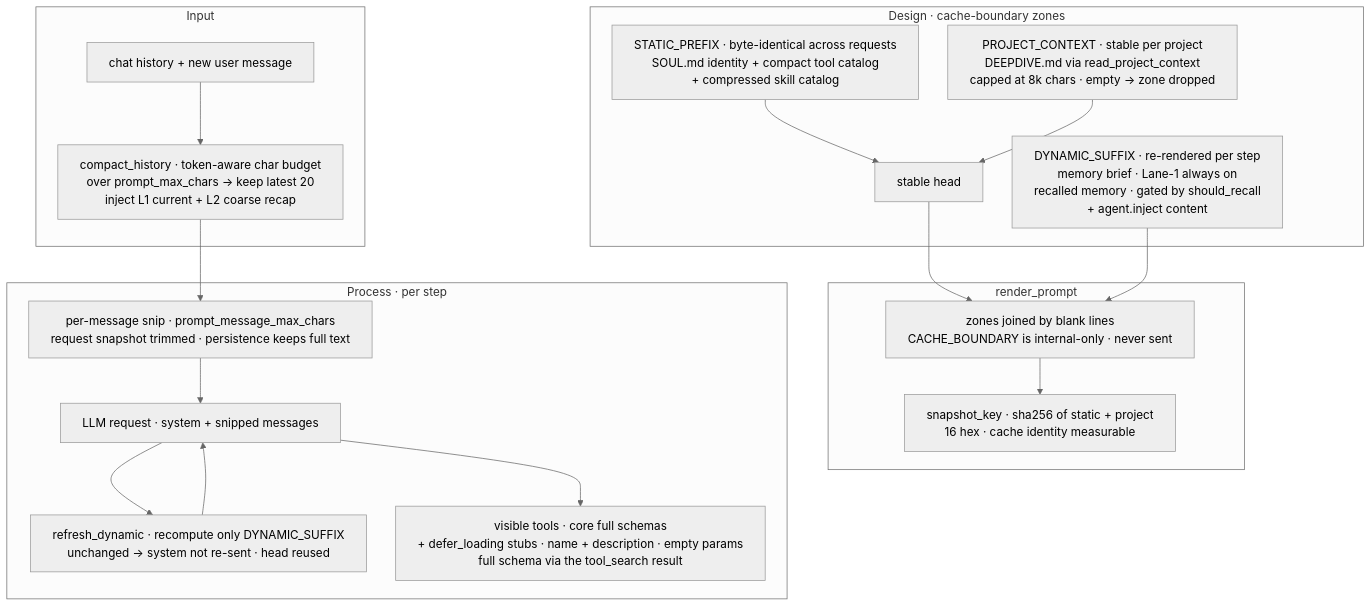
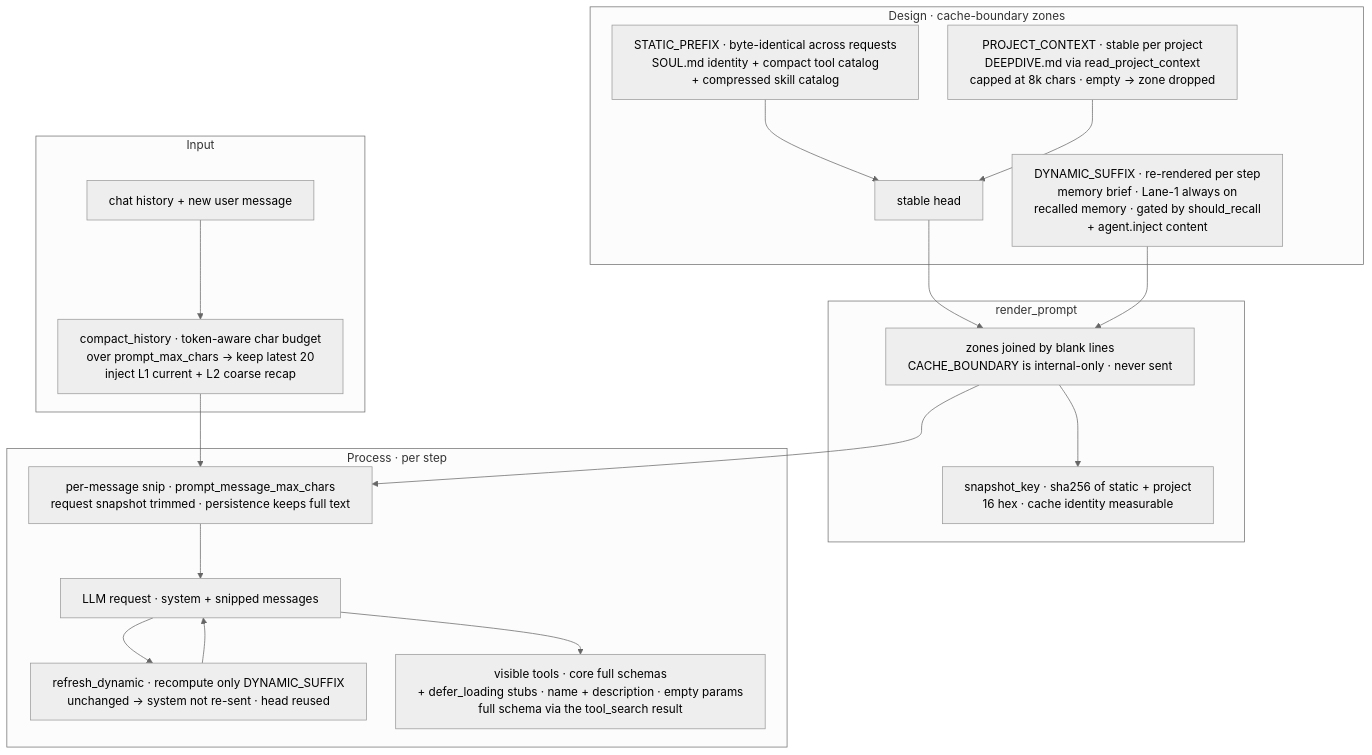
Before and after one commit to Eric-LLMs/DeepDive: the fourth of 4 diagrams in README.md, drawn with Mermaid (neutral theme).

Commit message:
docs: link zones-render to per-message snip in prompt diagram
RENDER --> SNIP (from "zones joined by blank lines") shows the rendered
zones feeding the per-message snip; mermaid re-staggers the two bottom
boxes by design, accepted per user choice.

false

````diff
--- a/README.md
+++ b/README.md
@@ -139,41 +139,42 @@
 ```mermaid
 %%{init: {"flowchart": {"wrappingWidth": 500, "nodeSpacing": 40, "rankSpacing": 50}}}%%
 flowchart TB
     %% Prompt module: cache-boundary assembly + compression + deferred tool stubs.
     %% Invariants: the CACHE_BOUNDARY separator is internal-only and never rendered; the stable
     %% head (STATIC_PREFIX + PROJECT_CONTEXT) is byte-identical so the provider prefix cache is
     %% reused; only the DYNAMIC_SUFFIX re-renders per step and is skipped when unchanged; the
     %% per-message snip trims the request snapshot only, keeping the persistence copy raw; mounted
     %% tools appear as stable defer_loading stubs, with the full schema riding in the tool_search
     %% result.
 
     subgraph input["Input"]
         HIST["chat history + new user message"]
         AUTO["compact_history · token-aware char budget<br/>over prompt_max_chars → keep latest 20<br/>inject L1 current + L2 coarse recap"]
         HIST --> AUTO
     end
 
     subgraph zones["Design · cache-boundary zones"]
         SP["STATIC_PREFIX · byte-identical across requests<br/>SOUL.md identity + compact tool catalog<br/>+ compressed skill catalog"]
         PC["PROJECT_CONTEXT · stable per project<br/>DEEPDIVE.md via read_project_context<br/>capped at 8k chars · empty → zone dropped"]
         DS["DYNAMIC_SUFFIX · re-rendered per step<br/>memory brief · Lane-1 always on<br/>recalled memory · gated by should_recall<br/>+ agent.inject content"]
         SP --> HEAD["stable head"]
         PC --> HEAD
     end
 
     subgraph render["render_prompt"]
         HEAD --> RENDER
         DS --> RENDER
         RENDER["zones joined by blank lines<br/>CACHE_BOUNDARY is internal-only · never sent"]
         RENDER --> KEY["snapshot_key · sha256 of static + project<br/>16 hex · cache identity measurable"]
     end
 
     subgraph perstep["Process · per step"]
         SNIP["per-message snip · prompt_message_max_chars<br/>request snapshot trimmed · persistence keeps full text"]
         AUTO --> SNIP
         SNIP --> REQ["LLM request · system + snipped messages"]
         REQ --> REFRESH["refresh_dynamic · recompute only DYNAMIC_SUFFIX<br/>unchanged → system not re-sent · head reused"]
         REQ --> TOOLS["visible tools · core full schemas<br/>+ defer_loading stubs · name + description · empty params<br/>full schema via the tool_search result"]
         REFRESH --> REQ
+        RENDER --> SNIP
     end
 ```
````
